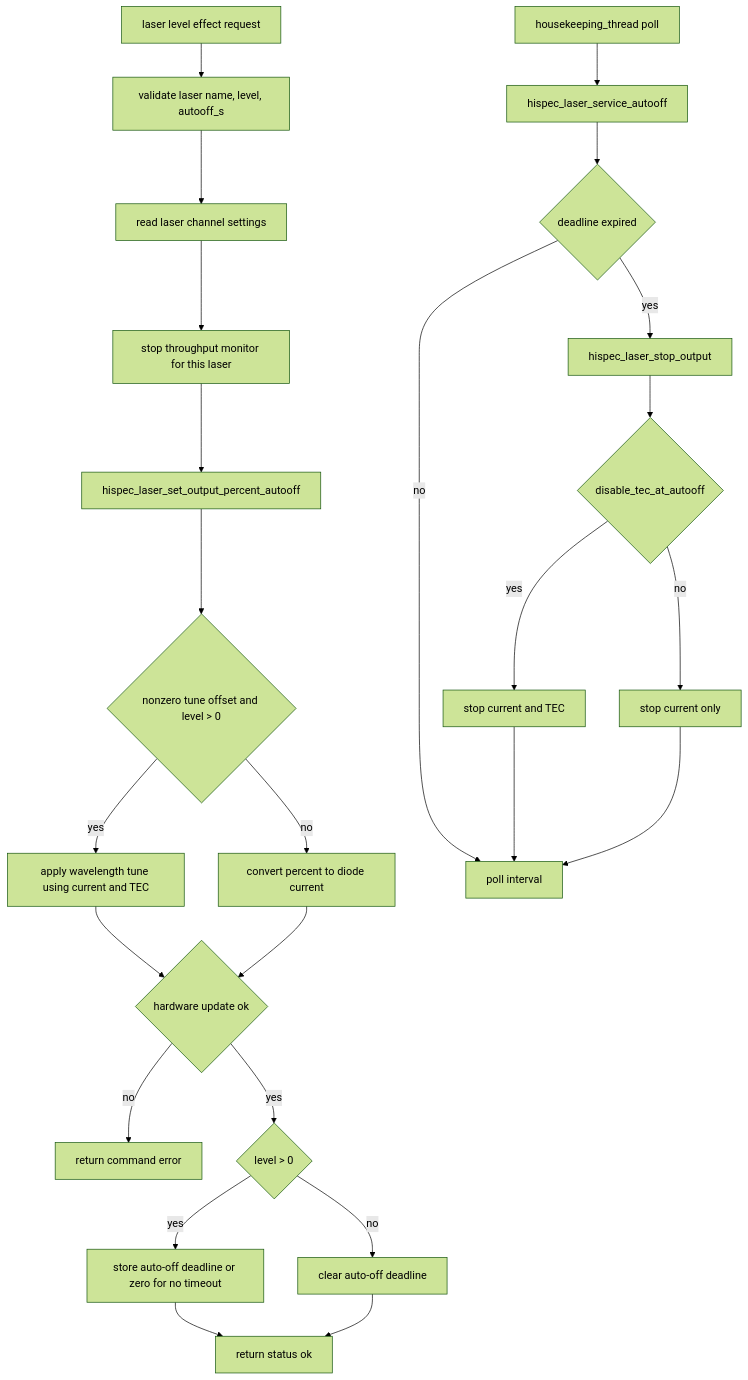
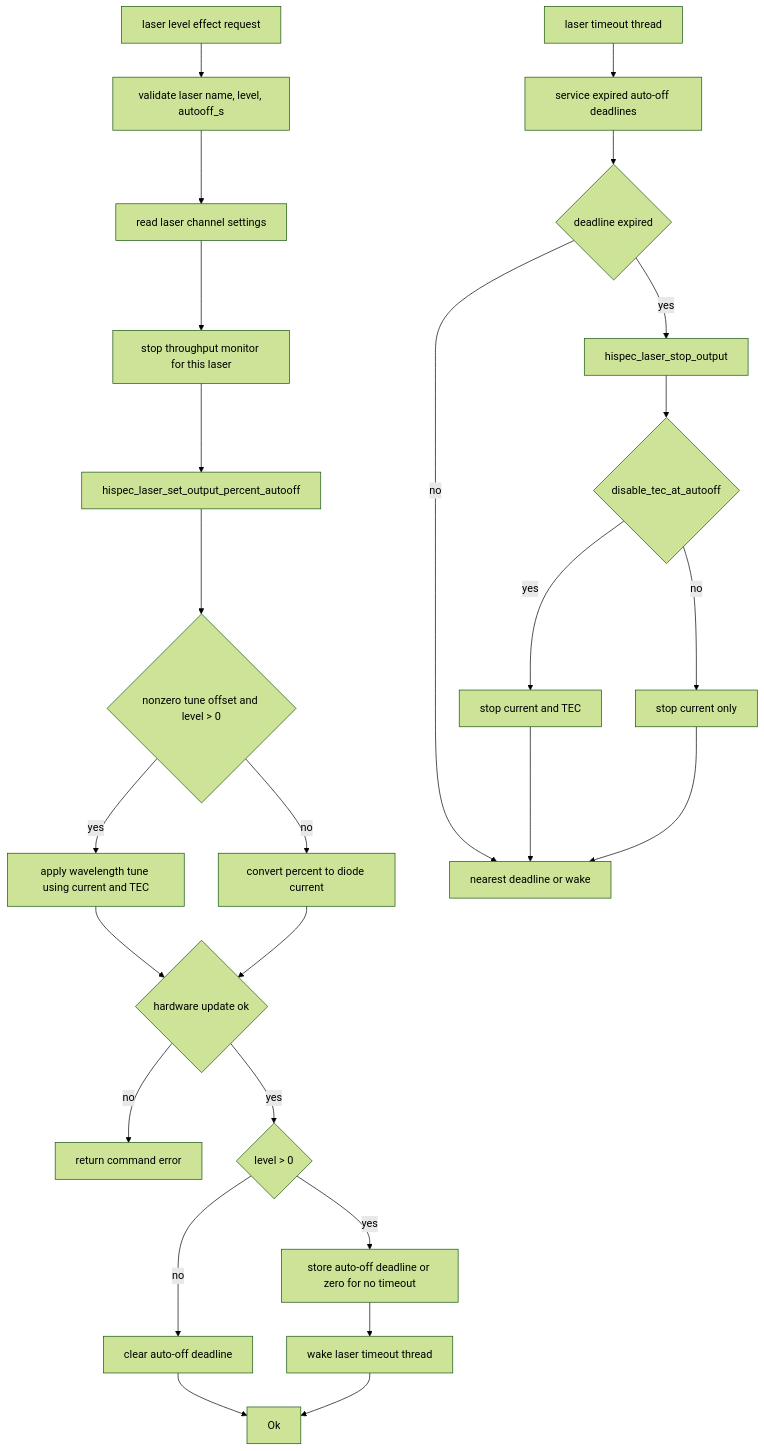
Before and after one commit to COO-Utilities/hispec-tib: diagram 21 of 22 in doc/diagrams.md, drawn with Mermaid (forest theme). The commit also changed other lines of this file and 10 other files, not shown here.

Commit message:
Move laser autooff to laser timeout actor

````diff
--- a/doc/diagrams.md
+++ b/doc/diagrams.md
@@ -449,28 +449,29 @@
 ```mermaid
 flowchart TD
   Request[laser level effect request] --> Parse[validate laser name, level, autooff_s]
   Parse --> Settings[read laser channel settings]
   Settings --> StopTP[stop throughput monitor for this laser]
   StopTP --> SetOutput[hispec_laser_set_output_percent_autooff]
   SetOutput --> Tuned{nonzero tune offset and level > 0}
   Tuned -- yes --> Tune[apply wavelength tune using current and TEC]
   Tuned -- no --> Percent[convert percent to diode current]
   Tune --> Applied{hardware update ok}
   Percent --> Applied
   Applied -- no --> Error[return command error]
   Applied -- yes --> LevelPositive{level > 0}
   LevelPositive -- yes --> Deadline[store auto-off deadline or zero for no timeout]
   LevelPositive -- no --> Clear[clear auto-off deadline]
-  Deadline --> Ok[return status ok]
+  Deadline --> WakeTimeout[wake laser timeout thread]
   Clear --> Ok
+  WakeTimeout --> Ok
 
-  BankControl[housekeeping_thread poll] --> Service[hispec_laser_service_autooff]
+  TimeoutActor[laser timeout thread] --> Service[service expired auto-off deadlines]
   Service --> Expired{deadline expired}
-  Expired -- no --> Wait[poll interval]
+  Expired -- no --> Wait[nearest deadline or wake]
   Expired -- yes --> StopOutput[hispec_laser_stop_output]
   StopOutput --> DisableTec{disable_tec_at_autooff}
   DisableTec -- yes --> TecOff[stop current and TEC]
   DisableTec -- no --> CurrentOff[stop current only]
   TecOff --> Wait
   CurrentOff --> Wait
 ```
````
